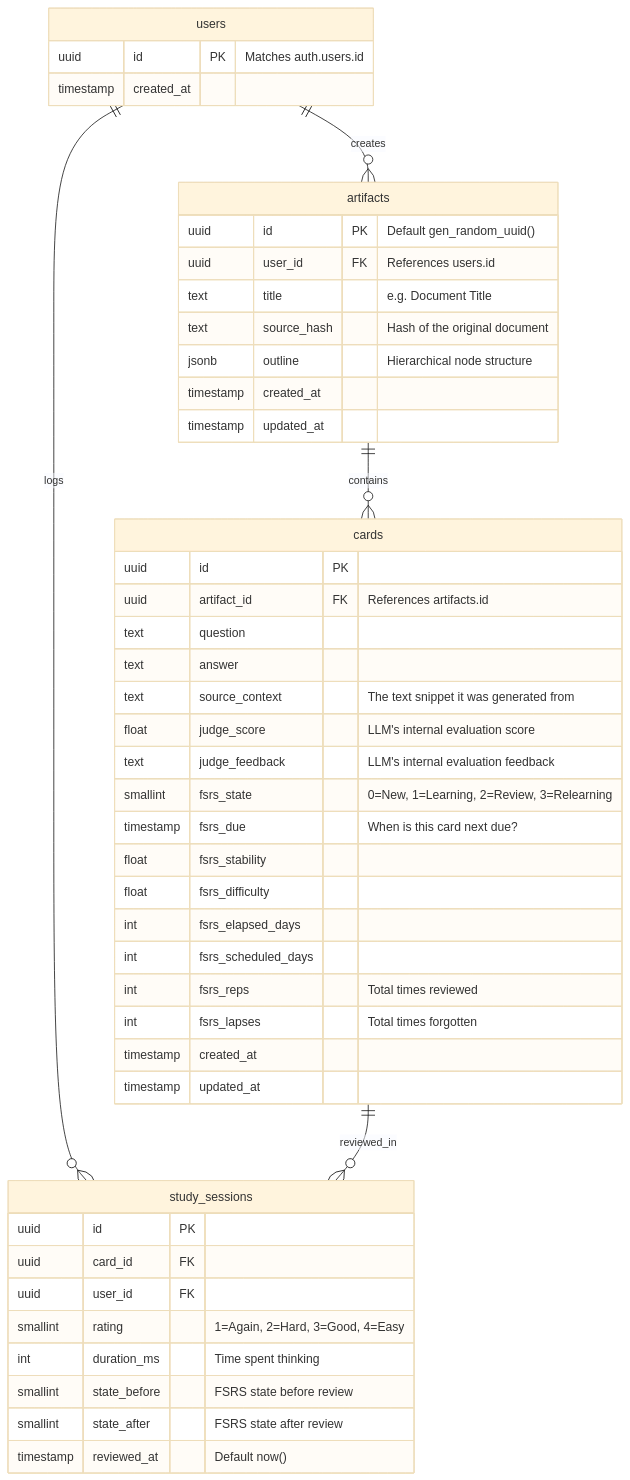
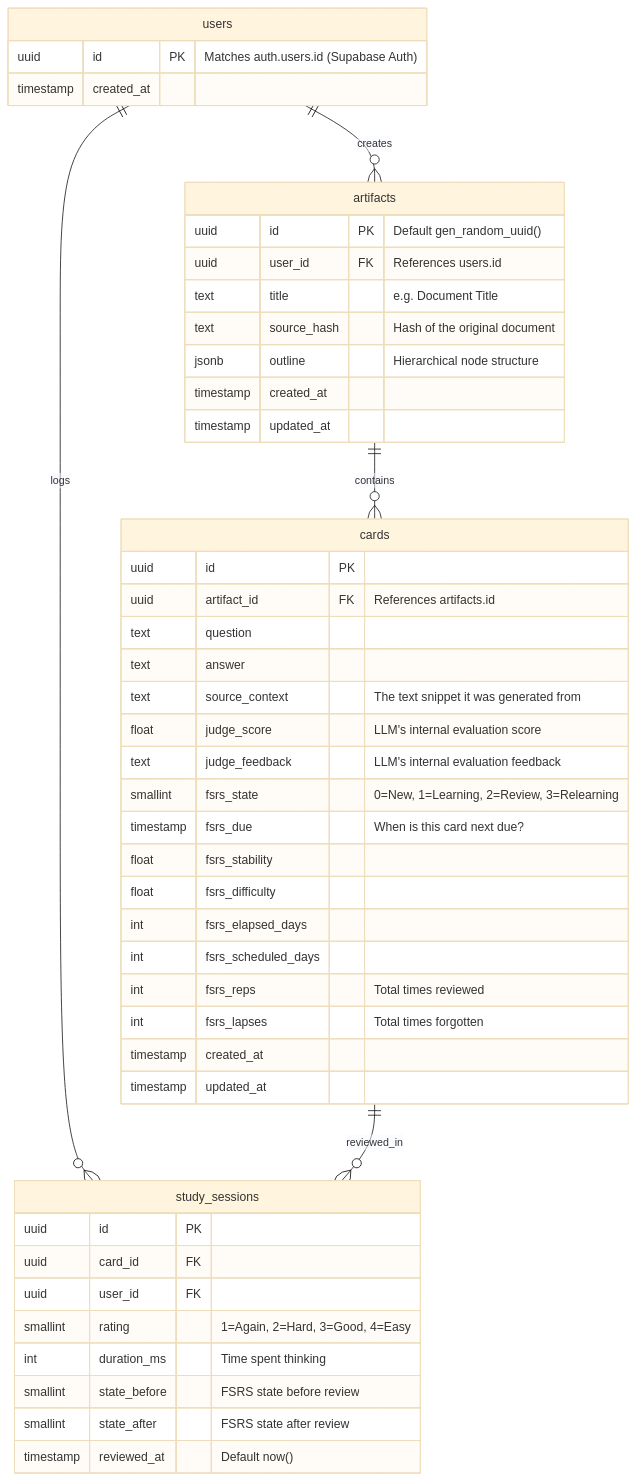
The diagram in docs/plans/2026-02-27-solo-95-design.md (tienphatnguyendev/active-recall-generator), drawn with Mermaid (base theme) before and after one commit. The commit also changed other lines of this file, not shown here.

Commit message:
docs: explain Supabase Auth in SOLO-95 design doc

````diff
--- a/docs/plans/2026-02-27-solo-95-design.md
+++ b/docs/plans/2026-02-27-solo-95-design.md
@@ -7,58 +7,61 @@
 ```mermaid
 erDiagram
     users ||--o{ artifacts : "creates"
     users ||--o{ study_sessions : "logs"
     
     artifacts ||--o{ cards : "contains"
     
     cards ||--o{ study_sessions : "reviewed_in"
 
     users {
-        uuid id PK "Matches auth.users.id"
+        uuid id PK "Matches auth.users.id (Supabase Auth)"
         timestamp created_at
+        %% We DO NOT store passwords or emails here.
+        %% Supabase manages authentication in its secure 'auth.users' schema.
+        %% This public.users table is just for joining app data to a user profile.
     }
 
     artifacts {
         uuid id PK "Default gen_random_uuid()"
         uuid user_id FK "References users.id"
         text title "e.g. Document Title"
         text source_hash "Hash of the original document"
         jsonb outline "Hierarchical node structure"
         timestamp created_at
         timestamp updated_at
     }
 
     cards {
         uuid id PK
         uuid artifact_id FK "References artifacts.id"
         text question
         text answer
         text source_context "The text snippet it was generated from"
         float judge_score "LLM's internal evaluation score"
         text judge_feedback "LLM's internal evaluation feedback"
         
         %% FSRS Specific Fields
         smallint fsrs_state "0=New, 1=Learning, 2=Review, 3=Relearning"
         timestamp fsrs_due "When is this card next due?"
         float fsrs_stability
         float fsrs_difficulty
         int fsrs_elapsed_days
         int fsrs_scheduled_days
         int fsrs_reps "Total times reviewed"
         int fsrs_lapses "Total times forgotten"
 
         timestamp created_at
         timestamp updated_at
     }
 
     study_sessions {
         uuid id PK
         uuid card_id FK
         uuid user_id FK
         smallint rating "1=Again, 2=Hard, 3=Good, 4=Easy"
         int duration_ms "Time spent thinking"
         smallint state_before "FSRS state before review"
         smallint state_after "FSRS state after review"
         timestamp reviewed_at "Default now()"
     }
 ```
````
